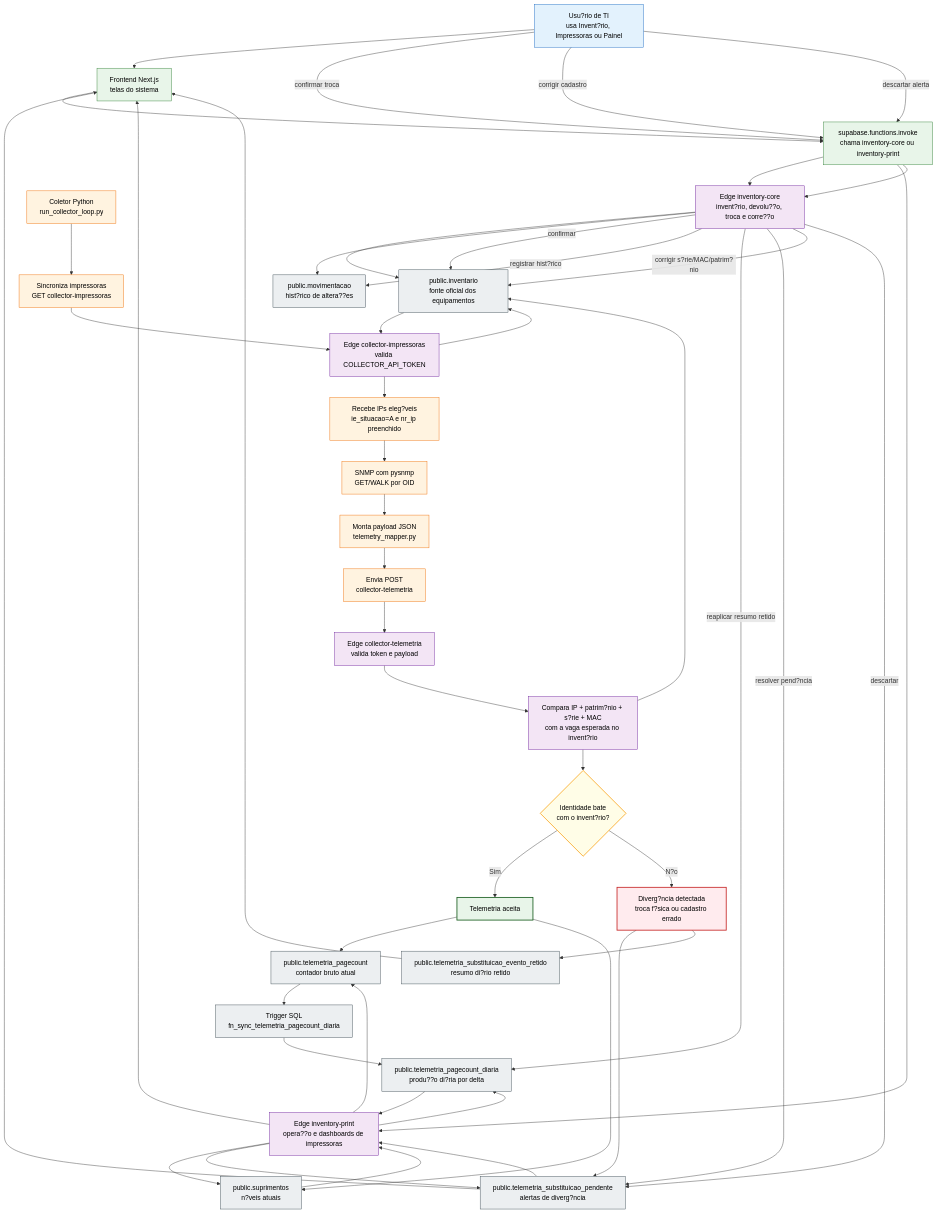
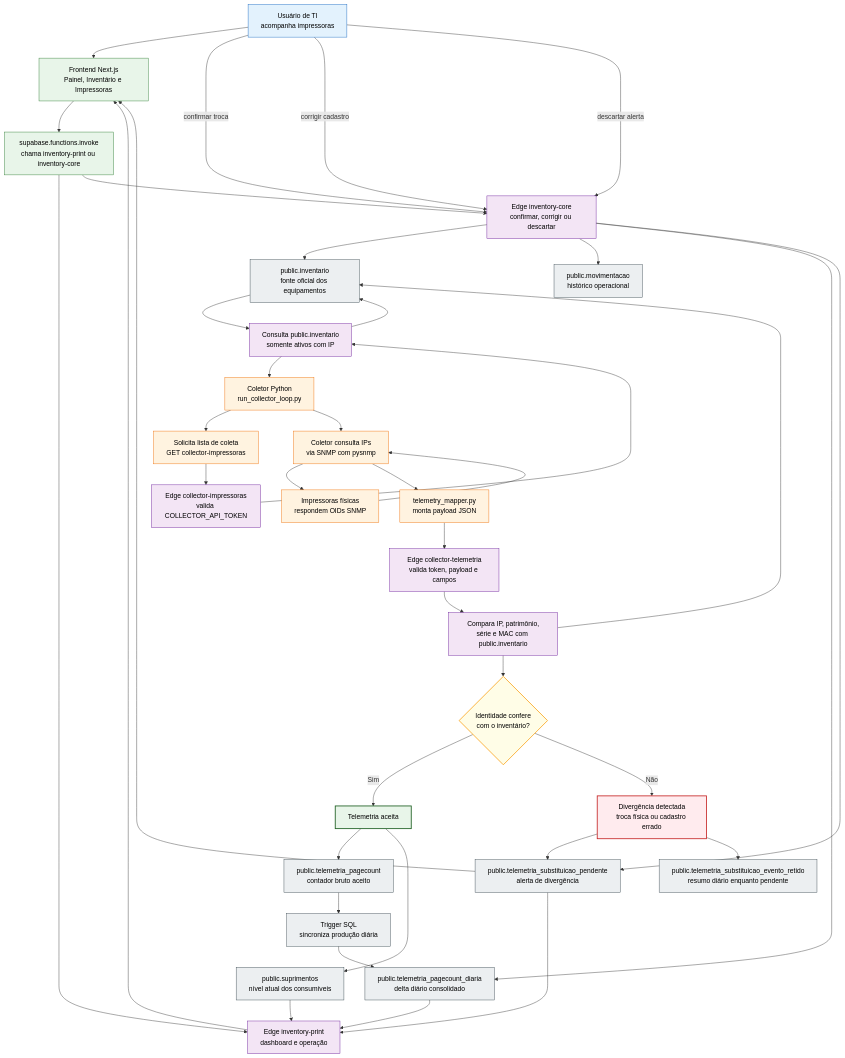
The first of 2 diagrams in README.md (Naian1/INVENT_COLECTOR), drawn with Mermaid before and after one commit. The commit also changed other lines of this file and 8 other files, not shown here.

Commit message:
fix: alinhar telemetria ao inventario oficial

````diff
--- a/README.md
+++ b/README.md
@@ -134,73 +185,70 @@
 ```mermaid
 flowchart TD
   classDef user fill:#E3F2FD,stroke:#1565C0,stroke-width:1px,color:#000;
   classDef frontend fill:#E8F5E9,stroke:#2E7D32,stroke-width:1px,color:#000;
   classDef collector fill:#FFF3E0,stroke:#EF6C00,stroke-width:1px,color:#000;
   classDef edge fill:#F3E5F5,stroke:#6A1B9A,stroke-width:1px,color:#000;
   classDef db fill:#ECEFF1,stroke:#37474F,stroke-width:1px,color:#000;
   classDef decision fill:#FFFDE7,stroke:#F9A825,stroke-width:2px,color:#000;
   classDef danger fill:#FFEBEE,stroke:#C62828,stroke-width:2px,color:#000;
   classDef ok fill:#E8F5E9,stroke:#1B5E20,stroke-width:2px,color:#000;
 
-  U1["Usu?rio de TI<br/>usa Invent?rio, Impressoras ou Painel"]:::user
-  F1["Frontend Next.js<br/>telas do sistema"]:::frontend
-  F2["supabase.functions.invoke<br/>chama inventory-core ou inventory-print"]:::frontend
+  USER_TI["Usuário de TI<br/>acompanha impressoras"]:::user
+  WEB_PRINT["Frontend Next.js<br/>Painel, Inventário e Impressoras"]:::frontend
+  WEB_CALL["supabase.functions.invoke<br/>chama inventory-print ou inventory-core"]:::frontend
+
+  COL_LOOP["Coletor Python<br/>run_collector_loop.py"]:::collector
+  COL_LIST_REQ["Solicita lista de coleta<br/>GET collector-impressoras"]:::collector
+  COL_LIST_EDGE["Edge collector-impressoras<br/>valida COLLECTOR_API_TOKEN"]:::edge
+  COL_LIST_QUERY["Consulta public.inventario<br/>somente ativos com IP"]:::edge
   DB_INV["public.inventario<br/>fonte oficial dos equipamentos"]:::db
-  DB_MOV["public.movimentacao<br/>hist?rico de altera??es"]:::db
-  DB_PC["public.telemetria_pagecount<br/>contador bruto atual"]:::db
-  DB_DIA["public.telemetria_pagecount_diaria<br/>produ??o di?ria por delta"]:::db
-  DB_SUP["public.suprimentos<br/>n?veis atuais"]:::db
-  DB_PEND["public.telemetria_substituicao_pendente<br/>alertas de diverg?ncia"]:::db
-  DB_RET["public.telemetria_substituicao_evento_retido<br/>resumo di?rio retido"]:::db
-  TRG_DIA["Trigger SQL<br/>fn_sync_telemetria_pagecount_diaria"]:::db
-  EDGE_CORE["Edge inventory-core<br/>invent?rio, devolu??o, troca e corre??o"]:::edge
-  EDGE_PRINT["Edge inventory-print<br/>opera??o e dashboards de impressoras"]:::edge
-  EDGE_LIST["Edge collector-impressoras<br/>valida COLLECTOR_API_TOKEN"]:::edge
-  EDGE_TEL["Edge collector-telemetria<br/>valida token e payload"]:::edge
-  EDGE_CMP["Compara IP + patrim?nio + s?rie + MAC<br/>com a vaga esperada no invent?rio"]:::edge
-  DEC_ID{"Identidade bate<br/>com o invent?rio?"}:::decision
-  C0["Coletor Python<br/>run_collector_loop.py"]:::collector
-  C1["Sincroniza impressoras<br/>GET collector-impressoras"]:::collector
-  C2["Recebe IPs eleg?veis<br/>ie_situacao=A e nr_ip preenchido"]:::collector
-  C3["SNMP com pysnmp<br/>GET/WALK por OID"]:::collector
-  C4["Monta payload JSON<br/>telemetry_mapper.py"]:::collector
-  C5["Envia POST<br/>collector-telemetria"]:::collector
 
-  U1 --> F1 --> F2
-  F2 --> EDGE_CORE
-  F2 --> EDGE_PRINT
-  EDGE_CORE --> DB_INV
-  EDGE_CORE --> DB_MOV
-  EDGE_PRINT --> DB_PC
-  EDGE_PRINT --> DB_DIA
-  EDGE_PRINT --> DB_SUP
-  EDGE_PRINT --> DB_PEND
-  C0 --> C1 --> EDGE_LIST
-  EDGE_LIST --> DB_INV
-  DB_INV --> EDGE_LIST
-  EDGE_LIST --> C2
-  C2 --> C3 --> C4 --> C5 --> EDGE_TEL
-  EDGE_TEL --> EDGE_CMP
-  EDGE_CMP --> DB_INV
-  EDGE_CMP --> DEC_ID
-  DEC_ID -- "Sim" --> OK1["Telemetria aceita"]:::ok
-  OK1 --> DB_PC --> TRG_DIA --> DB_DIA
-  OK1 --> DB_SUP
-  DEC_ID -- "N?o" --> ALERTA["Diverg?ncia detectada<br/>troca f?sica ou cadastro errado"]:::danger
-  ALERTA --> DB_PEND
-  ALERTA --> DB_RET
-  DB_PEND --> F1
-  DB_RET --> F1
-  U1 -- "confirmar troca" --> F2 --> EDGE_CORE
-  U1 -- "corrigir cadastro" --> F2
-  U1 -- "descartar alerta" --> F2
-  EDGE_CORE -- "confirmar" --> DB_INV
-  EDGE_CORE -- "registrar hist?rico" --> DB_MOV
-  EDGE_CORE -- "reaplicar resumo retido" --> DB_DIA
-  EDGE_CORE -- "resolver pend?ncia" --> DB_PEND
-  EDGE_CORE -- "corrigir s?rie/MAC/patrim?nio" --> DB_INV
-  EDGE_CORE -- "descartar" --> DB_PEND
-  DB_DIA --> EDGE_PRINT --> F1
-  DB_SUP --> EDGE_PRINT
-  DB_PEND --> EDGE_PRINT
+  COL_SNMP["Coletor consulta IPs<br/>via SNMP com pysnmp"]:::collector
+  PRINTER["Impressoras físicas<br/>respondem OIDs SNMP"]:::collector
+  COL_PAYLOAD["telemetry_mapper.py<br/>monta payload JSON"]:::collector
+  TEL_EDGE["Edge collector-telemetria<br/>valida token, payload e campos"]:::edge
+  TEL_COMPARE["Compara IP, patrimônio,<br/>série e MAC com public.inventario"]:::edge
+  ID_OK{"Identidade confere<br/>com o inventário?"}:::decision
+
+  DB_PAGE["public.telemetria_pagecount<br/>contador bruto aceito"]:::db
+  TRG_DIA["Trigger SQL<br/>sincroniza produção diária"]:::db
+  DB_DIA["public.telemetria_pagecount_diaria<br/>delta diário consolidado"]:::db
+  DB_SUP["public.suprimentos<br/>nível atual dos consumíveis"]:::db
+
+  DB_PEND["public.telemetria_substituicao_pendente<br/>alerta de divergência"]:::db
+  DB_RET["public.telemetria_substituicao_evento_retido<br/>resumo diário enquanto pendente"]:::db
+  CORE["Edge inventory-core<br/>confirmar, corrigir ou descartar"]:::edge
+  DB_MOV["public.movimentacao<br/>histórico operacional"]:::db
+  PRINT_EDGE["Edge inventory-print<br/>dashboard e operação"]:::edge
+
+  USER_TI --> WEB_PRINT --> WEB_CALL
+  WEB_CALL --> PRINT_EDGE
+  WEB_CALL --> CORE
+
+  COL_LOOP --> COL_LIST_REQ --> COL_LIST_EDGE --> COL_LIST_QUERY --> DB_INV
+  DB_INV --> COL_LIST_QUERY --> COL_LOOP
+  COL_LOOP --> COL_SNMP --> PRINTER --> COL_SNMP
+  COL_SNMP --> COL_PAYLOAD --> TEL_EDGE --> TEL_COMPARE --> DB_INV
+  TEL_COMPARE --> ID_OK
+
+  ID_OK -- "Sim" --> OK["Telemetria aceita"]:::ok
+  OK --> DB_PAGE --> TRG_DIA --> DB_DIA
+  OK --> DB_SUP
+
+  ID_OK -- "Não" --> WARN["Divergência detectada<br/>troca física ou cadastro errado"]:::danger
+  WARN --> DB_PEND
+  WARN --> DB_RET
+  DB_PEND --> WEB_PRINT
+
+  USER_TI -- "confirmar troca" --> CORE
+  USER_TI -- "corrigir cadastro" --> CORE
+  USER_TI -- "descartar alerta" --> CORE
+  CORE --> DB_INV
+  CORE --> DB_MOV
+  CORE --> DB_DIA
+  CORE --> DB_PEND
+
+  DB_DIA --> PRINT_EDGE --> WEB_PRINT
+  DB_SUP --> PRINT_EDGE
+  DB_PEND --> PRINT_EDGE
 ```
````
